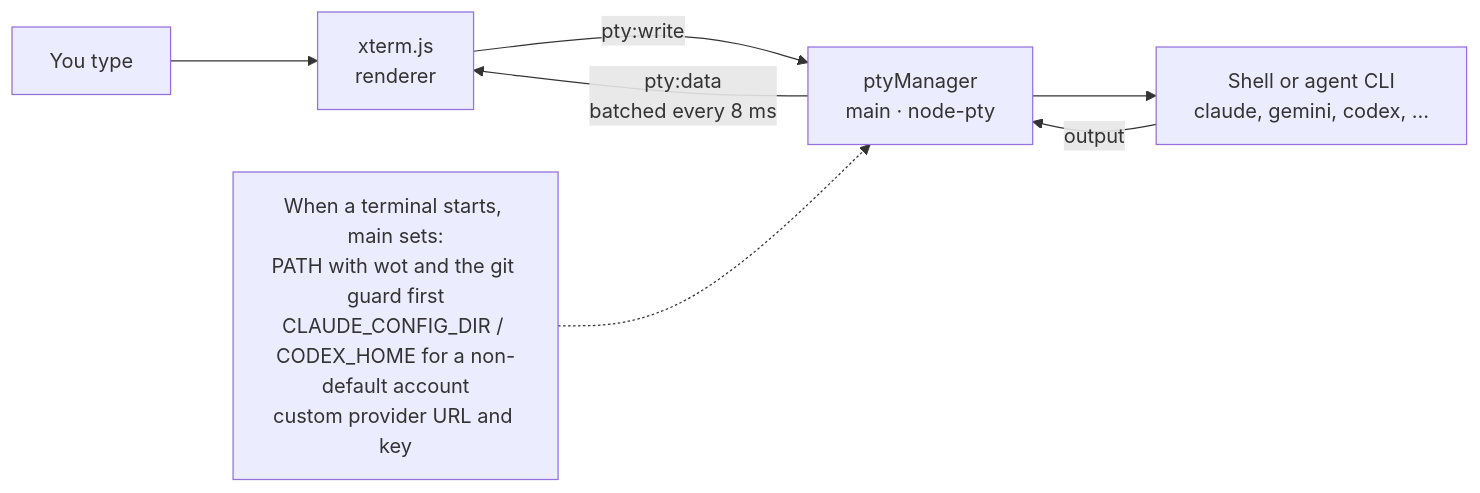
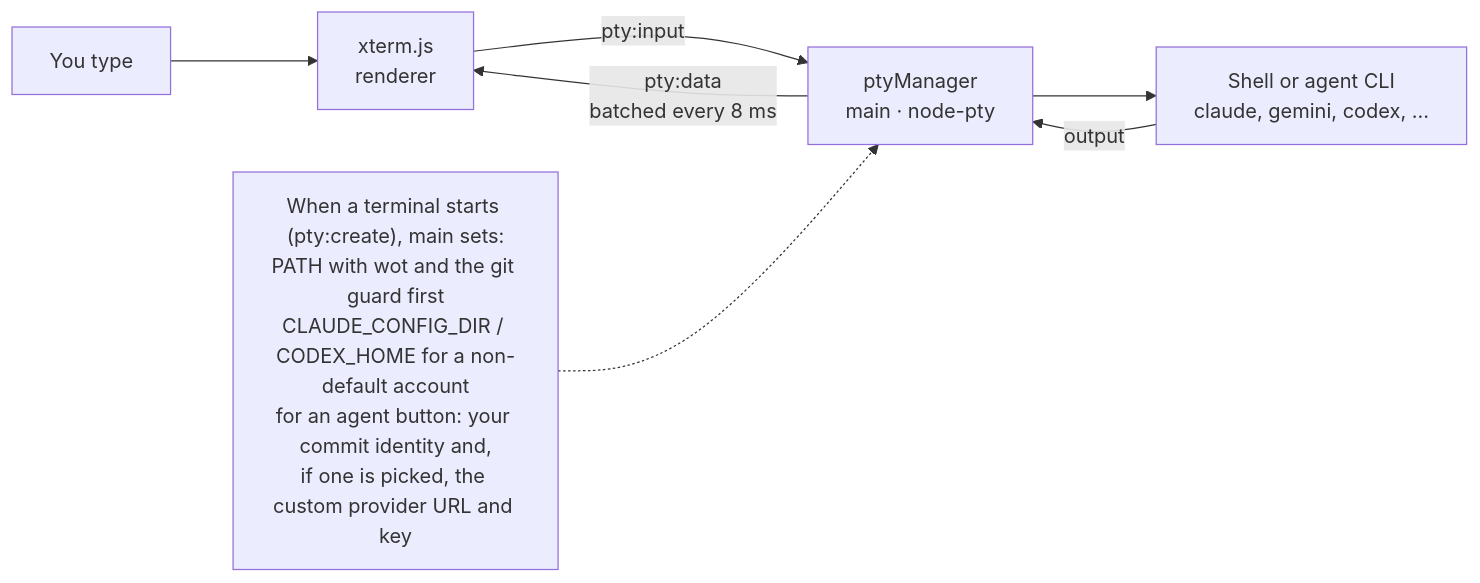
Before and after one commit to Lio3307/O-Bros: the fourth of 9 diagrams in docs/ARCHITECTURE.md, drawn with Mermaid. The commit also changed other lines of this file, not shown here.

First line of the commit message:
Explain the architecture with diagrams

````diff
--- a/docs/ARCHITECTURE.md
+++ b/docs/ARCHITECTURE.md
@@ -88,10 +113,10 @@
 ```mermaid
 flowchart LR
     K["You type"] --> X["xterm.js<br/>renderer"]
-    X -- "pty:write" --> PM["ptyManager<br/>main · node-pty"]
+    X -- "pty:input" --> PM["ptyManager<br/>main · node-pty"]
     PM --> C["Shell or agent CLI<br/>claude, gemini, codex, …"]
     C -- "output" --> PM
     PM -- "pty:data<br/>batched every 8 ms" --> X
 
-    ENV["When a terminal starts, main sets:<br/>PATH with wot and the git guard first<br/>CLAUDE_CONFIG_DIR / CODEX_HOME for a non-default account<br/>custom provider URL and key"] -.-> PM
+    ENV["When a terminal starts (pty:create), main sets:<br/>PATH with wot and the git guard first<br/>CLAUDE_CONFIG_DIR / CODEX_HOME for a non-default account<br/>for an agent button: your commit identity and,<br/>if one is picked, the custom provider URL and key"] -.-> PM
 ```
````
